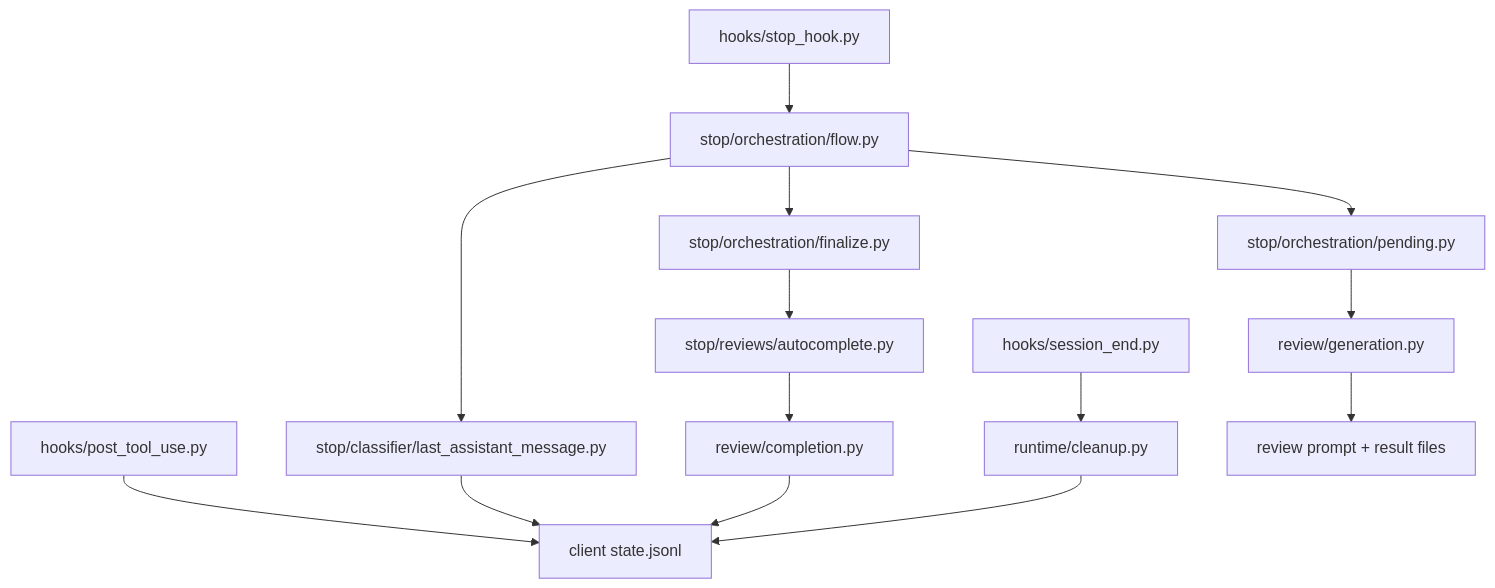
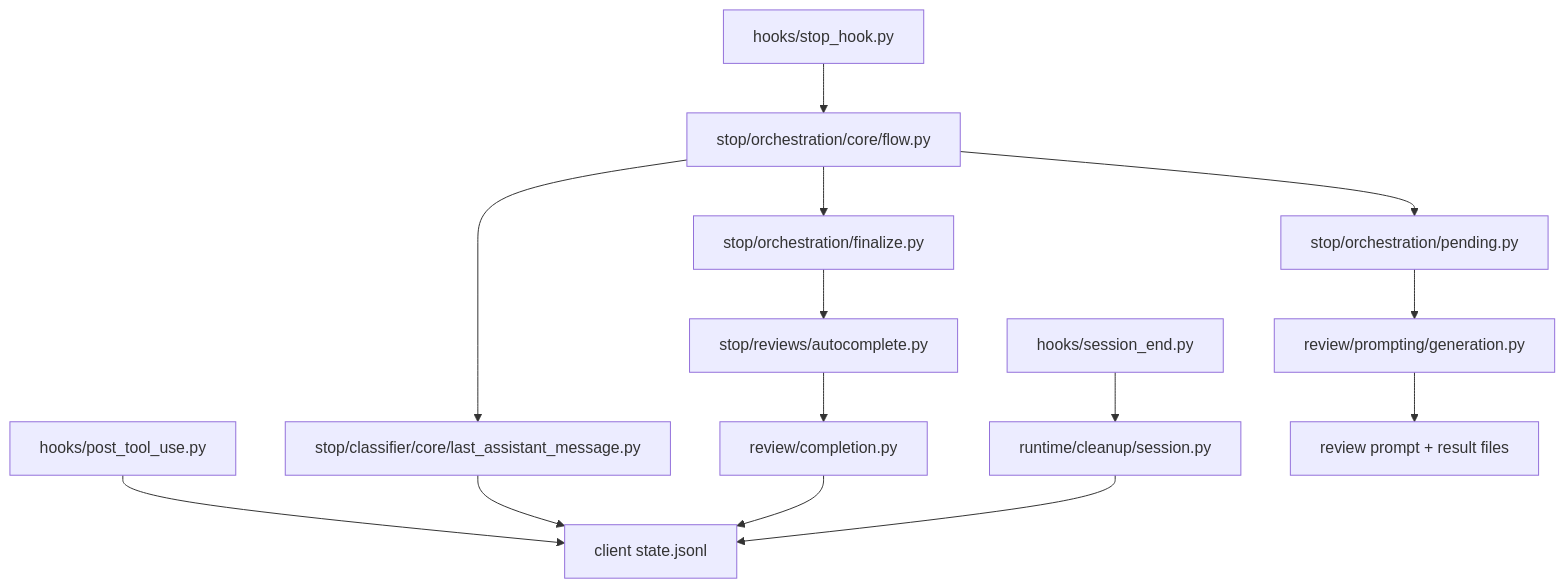
The first of 2 diagrams in AGENTS.md (tudragon154203/claude-auto-review), drawn with Mermaid before and after one commit. The commit also changed other lines of this file and 24 other files, not shown here.

Commit message:
Refactor stop review architecture

````diff
--- a/AGENTS.md
+++ b/AGENTS.md
@@ -7,18 +7,18 @@
 ```mermaid
 flowchart TD
   HookPost[hooks/post_tool_use.py] --> State["client state.jsonl"]
-  HookStop[hooks/stop_hook.py] --> Flow[stop/orchestration/flow.py]
-  HookEnd[hooks/session_end.py] --> Cleanup[runtime/cleanup.py]
+  HookStop[hooks/stop_hook.py] --> Flow[stop/orchestration/core/flow.py]
+  HookEnd[hooks/session_end.py] --> Cleanup[runtime/cleanup/session.py]
 
-  Flow --> Classifier[stop/classifier/last_assistant_message.py]
+  Flow --> Classifier[stop/classifier/core/last_assistant_message.py]
   Classifier --> State
   Flow --> Pending[stop/orchestration/pending.py]
-  Pending --> ReviewGen[review/generation.py]
+  Pending --> ReviewGen[review/prompting/generation.py]
   Finalize --> AutoReview[stop/reviews/autocomplete.py]
   AutoReview --> ReviewComp[review/completion.py]
   Flow --> Finalize[stop/orchestration/finalize.py]
 
   ReviewGen --> ReviewFile["review prompt + result files"]
   ReviewComp --> State
   Cleanup --> State
 ```
````
